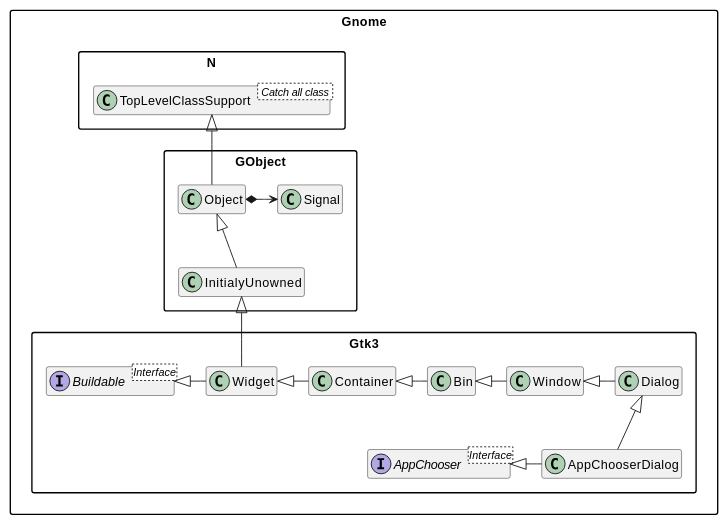
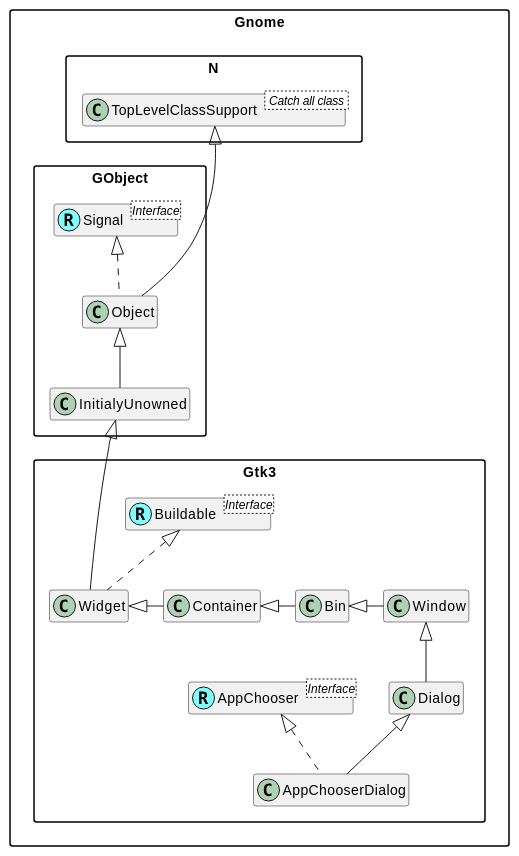
Before and after one commit to MARTIMM/gnome-gtk3: the diagram in doc/plantuml/dialogs.md, drawn with PlantUML. The commit also changed 29 other files, not shown here.

Commit message:
changed uml diagrams

````diff
--- a/doc/plantuml/dialogs.md
+++ b/doc/plantuml/dialogs.md
@@ -1,40 +1,52 @@
 ```plantuml
-scale 0.9
+'scale 0.9
 skinparam packageStyle rectangle
+skinparam stereotypeCBackgroundColor #80ffff
 set namespaceSeparator ::
 hide members
 
 'Class and interface decorations
 class Gnome::N::TopLevelClassSupport < Catch all class >
 Interface Gnome::Gtk3::Buildable <Interface>
+
+Interface Gnome::GObject::Signal <Interface>
+class Gnome::GObject::Signal <<(R,#80ffff)>>
+
 'Interface Gnome::Gtk3::ColorChooser <Interface>
 Interface Gnome::Gtk3::AppChooser <Interface>
 
+Interface Gnome::Gtk3::AppChooser <Interface>
+class Gnome::Gtk3::AppChooser <<(R,#80ffff)>>
+
+Interface Gnome::Gtk3::Buildable <Interface>
+class Gnome::Gtk3::Buildable <<(R,#80ffff)>>
+
 'Class connections
-Gnome::N::TopLevelClassSupport <|-- Gnome::GObject::Object
+Gnome::N::TopLevelClassSupport <|--- Gnome::GObject::Object
 Gnome::GObject::Object <|-- Gnome::GObject::InitialyUnowned
-Gnome::GObject::Object *-> Gnome::GObject::Signal
+'Gnome::GObject::Object *-> Gnome::GObject::Signal
+Gnome::GObject::Signal <|.. Gnome::GObject::Object
 
-Gnome::GObject::InitialyUnowned <|-- Gnome::Gtk3::Widget
+Gnome::GObject::InitialyUnowned <|--- Gnome::Gtk3::Widget
 
 Gnome::Gtk3::Widget <|- Gnome::Gtk3::Container
 Gnome::Gtk3::Container <|- Gnome::Gtk3::Bin
 Gnome::Gtk3::Bin <|- Gnome::Gtk3::Window
-Gnome::Gtk3::Window <|- Gnome::Gtk3::Dialog
+Gnome::Gtk3::Window <|-- Gnome::Gtk3::Dialog
 
-'Gnome::Gtk3::Dialog <|-- Gnome::Gtk3::AboutDialog
+'Gnome::Gtk3::Dialog <|- Gnome::Gtk3::AboutDialog
 'Gnome::Gtk3::Dialog <|-- Gnome::Gtk3::ColorChooserDialog
 'Gnome::Gtk3::Dialog <|-- Gnome::Gtk3::FileChooserDialog
 'Gnome::Gtk3::Dialog <|-- Gnome::Gtk3::MessageDialog
 Gnome::Gtk3::Dialog <|-- Gnome::Gtk3::AppChooserDialog
 'Gnome::Gtk3::Dialog <|-- Gnome::Gtk3::FontChooserDialog
 'Gnome::Gtk3::Dialog <|-- Gnome::Gtk3::RecentChooserDialog
 
 'Interface connections
-Gnome::Gtk3::Buildable <|- Gnome::Gtk3::Widget
-'Gnome::Gtk3::ColorChooser <|- Gnome::Gtk3::ColorChooserDialog
-Gnome::Gtk3::AppChooser <|- Gnome::Gtk3::AppChooserDialog
+Gnome::Gtk3::Buildable <|.. Gnome::Gtk3::Widget
+'Gnome::Gtk3::ColorChooser <|.. Gnome::Gtk3::ColorChooserDialog
+Gnome::Gtk3::AppChooser <|.. Gnome::Gtk3::AppChooserDialog
 
 'Some hidden connections
 'Gnome::GObject <--[hidden]- Gnome::Gtk3
 ```
````
